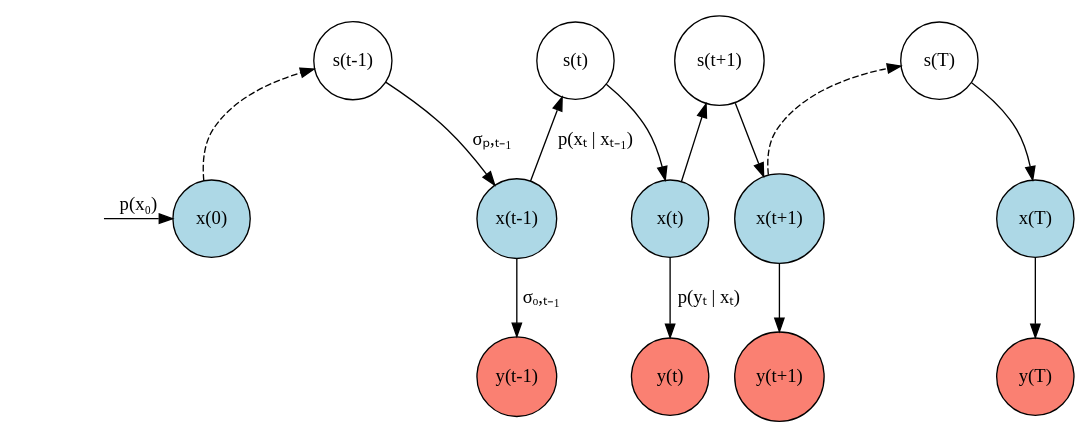
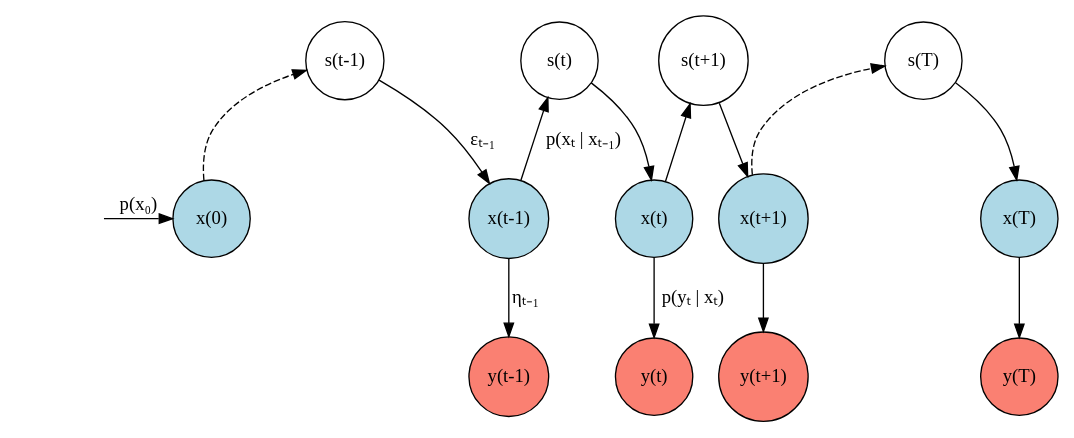
Before and after one commit to FelixNoessler/MCMC: the diagram in src/state_space/state_space.qmd, drawn with Graphviz. The commit also changed other lines of this file, not shown here.

````diff
--- a/src/state_space/state_space.qmd
+++ b/src/state_space/state_space.qmd
@@ -12,45 +12,45 @@
 ```{dot}
 //| fig-width: 7
 //| label: fig-hmm
 //| fig-cap: "Forward algorithm for a hidden markov model."
 digraph HMM {
     node [shape=circle, style=filled, width=0.8];
     
     S1 [label="s(t-1)", fillcolor=white];
     S2 [label="s(t)", fillcolor=white];
     S3 [label="s(t+1)", fillcolor=white];
     Send [label="s(T)", fillcolor=white];
 
     Xstart [style=invis];
     X0[label="x(0)", fillcolor=lightblue]
     X1 [label="x(t-1)", fillcolor=lightblue];
     X2 [label="x(t)", fillcolor=lightblue];
     X3 [label="x(t+1)", fillcolor=lightblue];
     Xend [label="x(T)", fillcolor=lightblue];
 
     Y1 [label="y(t-1)", fillcolor=salmon];
     Y2 [label="y(t)", fillcolor=salmon];
     Y3 [label="y(t+1)", fillcolor=salmon];
     Yend [label="y(T)", fillcolor=salmon];
 
-    S1 -> X1 [label = "σₚ,ₜ₋₁"];
+    S1 -> X1 [label = "εₜ₋₁"];
     S2 -> X2;
     S3 -> X3;
     Send -> Xend;
 
     Xstart -> X0 [label="p(x₀)"];
     X0 -> S1 [label="                                       ", style=dashed];  
     X1 -> S2 [label = "p(xₜ | xₜ₋₁)"];
     X2 -> S3;
     X3 -> Send [label="                                       ", style=dashed];
 
-    X1 -> Y1  [label = "σₒ,ₜ₋₁"];
+    X1 -> Y1  [label = "ηₜ₋₁"];
     X2 -> Y2 [label="p(yₜ | xₜ)" ];
     X3 -> Y3; 
     Xend -> Yend;
 
     { rank=same; S1; S2; S3; Send; }
     { rank=same; Xstart; X0; X1; X2; X3; Xend; }
     { rank=same; Y1; Y2; Y3; Yend; }
 }
 ```
````
